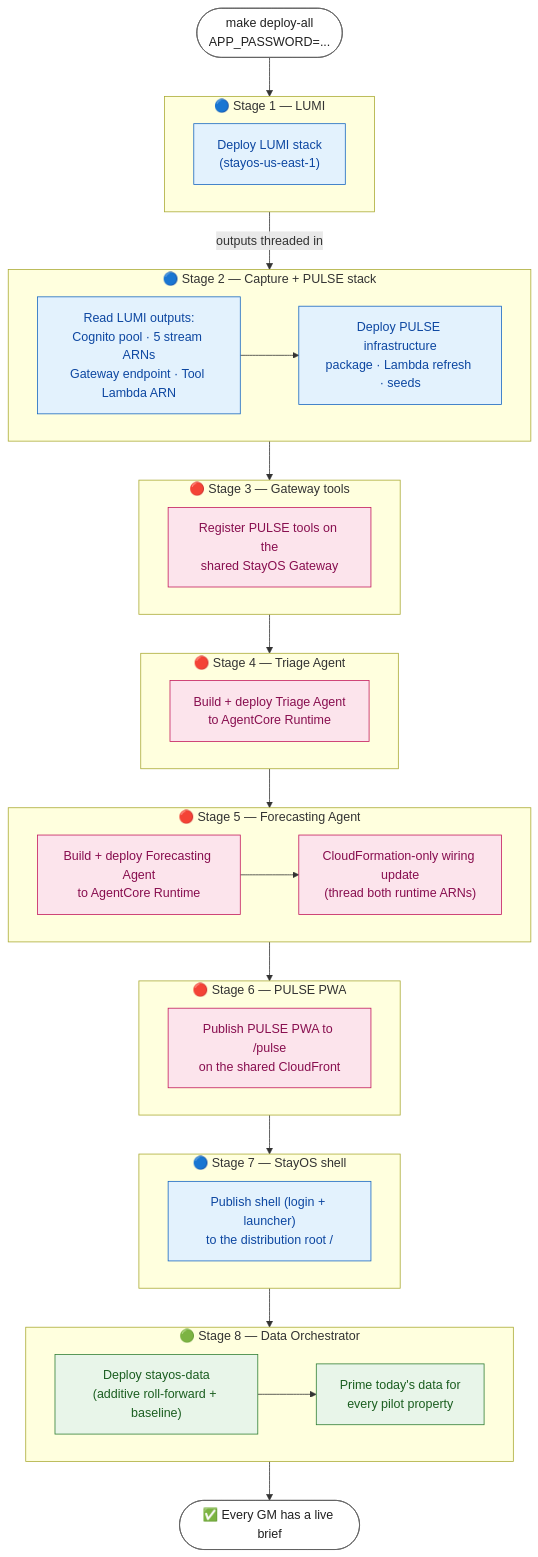
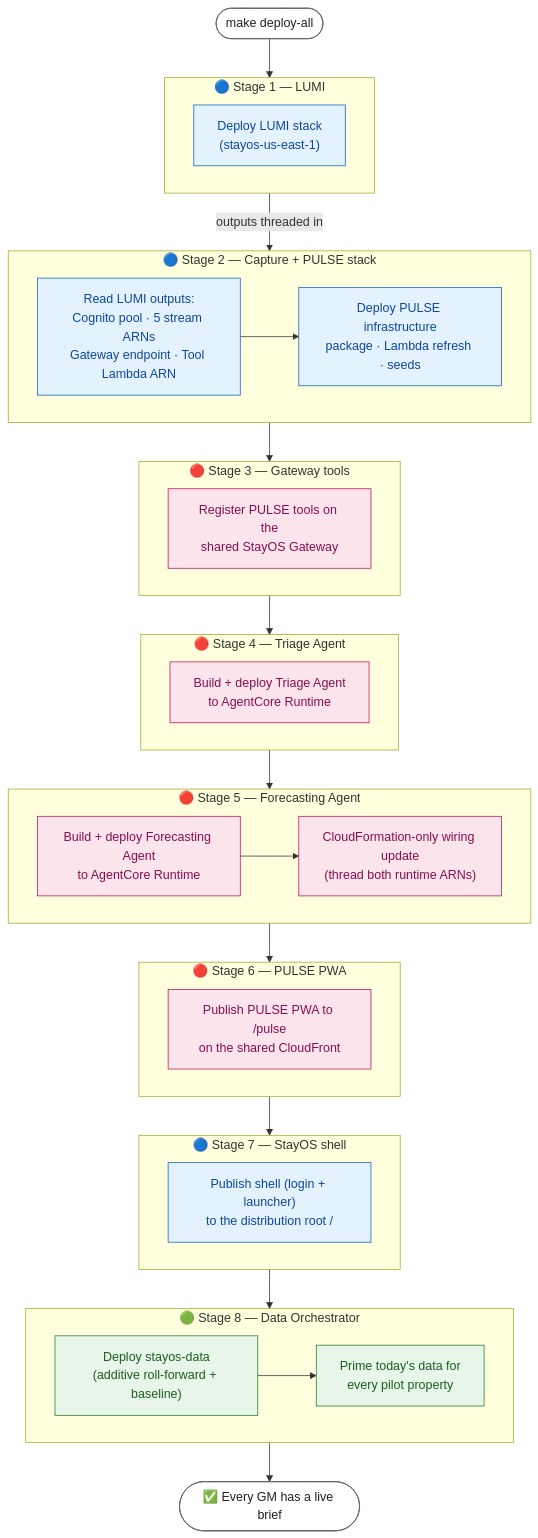
One commit to hemaljani/StayOS changed the first of 2 diagrams in docs/deployment-pipeline.md. Above: the diagram before and after it, drawn with Mermaid. The commit also changed other lines of this file and 58 other files, not shown here.

````diff
--- a/docs/deployment-pipeline.md
+++ b/docs/deployment-pipeline.md
@@ -95,56 +136,56 @@
 ```mermaid
 flowchart TB
-    Start(["make deploy-all<br/>APP_PASSWORD=..."])
+    Start(["make deploy-all"])
 
     subgraph LUMI["🔵 Stage 1 — LUMI"]
         L1["Deploy LUMI stack<br/>(stayos-us-east-1)"]
     end
 
     subgraph CAPTURE["🔵 Stage 2 — Capture + PULSE stack"]
         C1["Read LUMI outputs:<br/>Cognito pool · 5 stream ARNs<br/>Gateway endpoint · Tool Lambda ARN"]
         C2["Deploy PULSE infrastructure<br/>package · Lambda refresh · seeds"]
         C1 --> C2
     end
 
     subgraph GATEWAY["🔴 Stage 3 — Gateway tools"]
         G1["Register PULSE tools on the<br/>shared StayOS Gateway"]
     end
 
     subgraph TRIAGE["🔴 Stage 4 — Triage Agent"]
         T1["Build + deploy Triage Agent<br/>to AgentCore Runtime"]
     end
 
     subgraph FORECAST["🔴 Stage 5 — Forecasting Agent"]
         F1["Build + deploy Forecasting Agent<br/>to AgentCore Runtime"]
         F2["CloudFormation-only wiring update<br/>(thread both runtime ARNs)"]
         F1 --> F2
     end
 
     subgraph PWA["🔴 Stage 6 — PULSE PWA"]
         W1["Publish PULSE PWA to /pulse<br/>on the shared CloudFront"]
     end
 
     subgraph SHELL["🔵 Stage 7 — StayOS shell"]
         S1["Publish shell (login + launcher)<br/>to the distribution root /"]
     end
 
     subgraph DATA["🟢 Stage 8 — Data Orchestrator"]
         D1["Deploy stayos-data<br/>(additive roll-forward + baseline)"]
         D2["Prime today's data for<br/>every pilot property"]
         D1 --> D2
     end
 
     Start --> LUMI
     LUMI -->|outputs threaded in| CAPTURE
     CAPTURE --> GATEWAY --> TRIAGE --> FORECAST --> PWA --> SHELL --> DATA
     DATA --> Done(["✅ Every GM has a live brief"])
 
     classDef lumi fill:#e3f2fd,stroke:#1565c0,color:#0d47a1;
     classDef pulse fill:#fce4ec,stroke:#c2185b,color:#880e4f;
     classDef data fill:#e8f5e9,stroke:#2e7d32,color:#1b5e20;
     classDef edge fill:#fff,stroke:#616161,color:#212121;
     class L1,C1,C2,S1 lumi;
     class G1,T1,F1,F2,W1 pulse;
     class D1,D2 data;
     class Start,Done edge;
 ```
````
